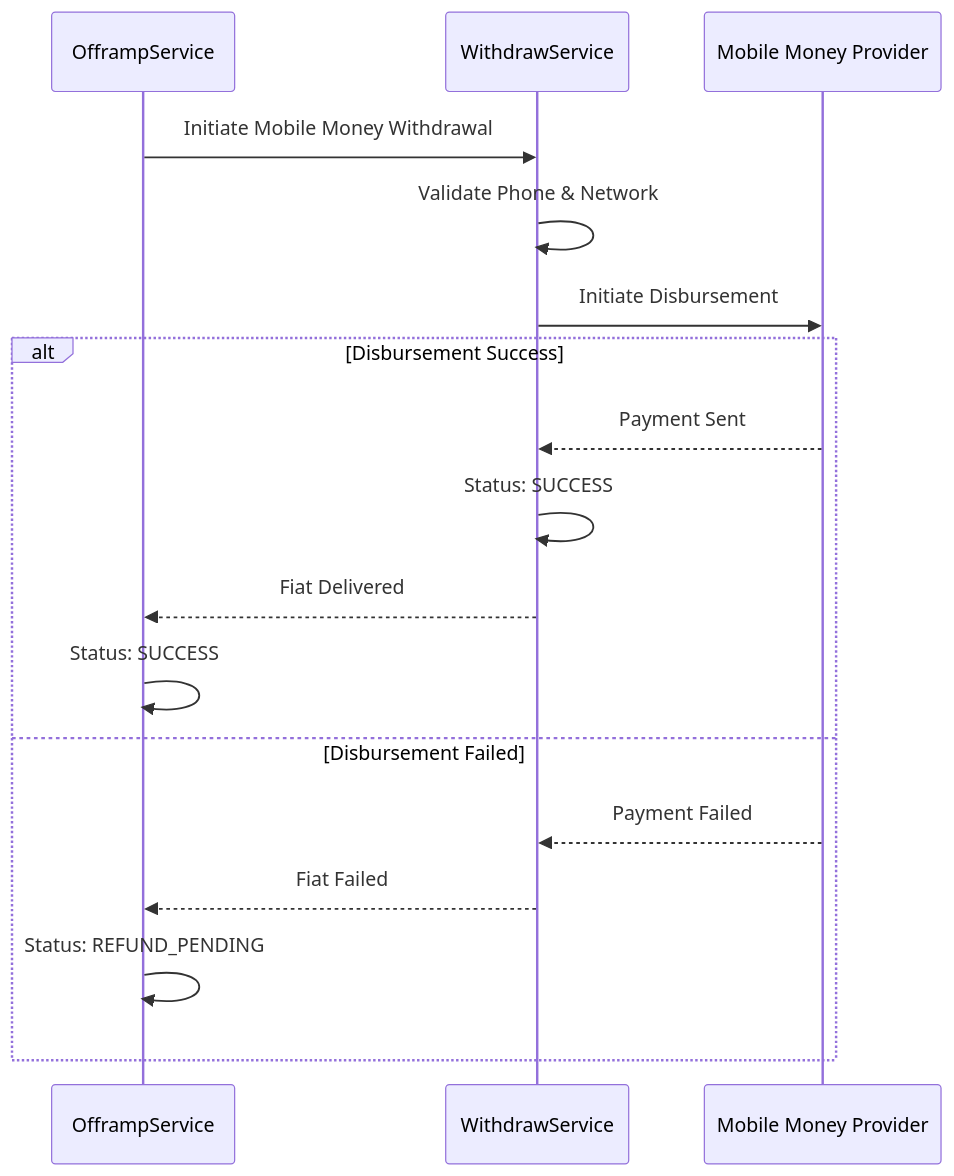
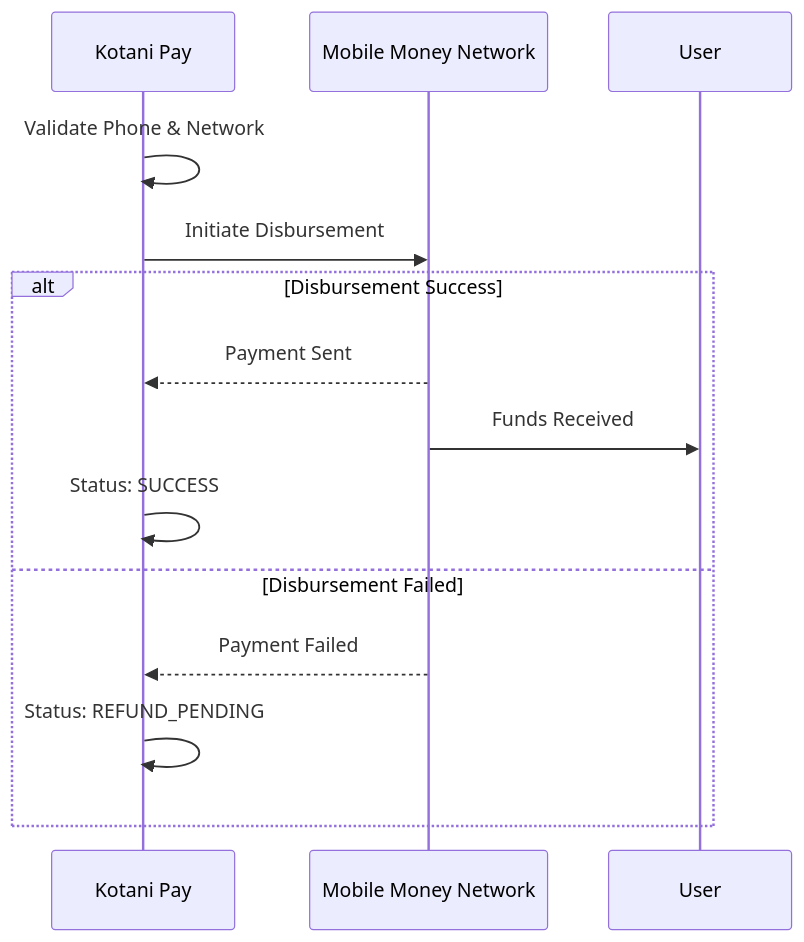
One commit to john-muinde/docs changed the fourth of 7 diagrams in v3/flows/offramp-flow.mdx. Above: the diagram before and after it, drawn with Mermaid. The commit also changed other lines of this file and 5 other files, not shown here.

````diff
--- a/v3/flows/offramp-flow.mdx
+++ b/v3/flows/offramp-flow.mdx
@@ -97,21 +91,18 @@
 ```mermaid
 sequenceDiagram
-    participant OfframpService
-    participant WithdrawService
-    participant Provider as Mobile Money Provider
+    participant Kotani Pay
+    participant MNO as Mobile Money Network
+    participant User
 
-    OfframpService->>WithdrawService: Initiate Mobile Money Withdrawal
-    WithdrawService->>WithdrawService: Validate Phone & Network
-    WithdrawService->>Provider: Initiate Disbursement
+    Kotani Pay->>Kotani Pay: Validate Phone & Network
+    Kotani Pay->>MNO: Initiate Disbursement
 
     alt Disbursement Success
-        Provider-->>WithdrawService: Payment Sent
-        WithdrawService->>WithdrawService: Status: SUCCESS
-        WithdrawService-->>OfframpService: Fiat Delivered
-        OfframpService->>OfframpService: Status: SUCCESS
+        MNO-->>Kotani Pay: Payment Sent
+        MNO->>User: Funds Received
+        Kotani Pay->>Kotani Pay: Status: SUCCESS
     else Disbursement Failed
-        Provider-->>WithdrawService: Payment Failed
-        WithdrawService-->>OfframpService: Fiat Failed
-        OfframpService->>OfframpService: Status: REFUND_PENDING
+        MNO-->>Kotani Pay: Payment Failed
+        Kotani Pay->>Kotani Pay: Status: REFUND_PENDING
     end
 ```
````
